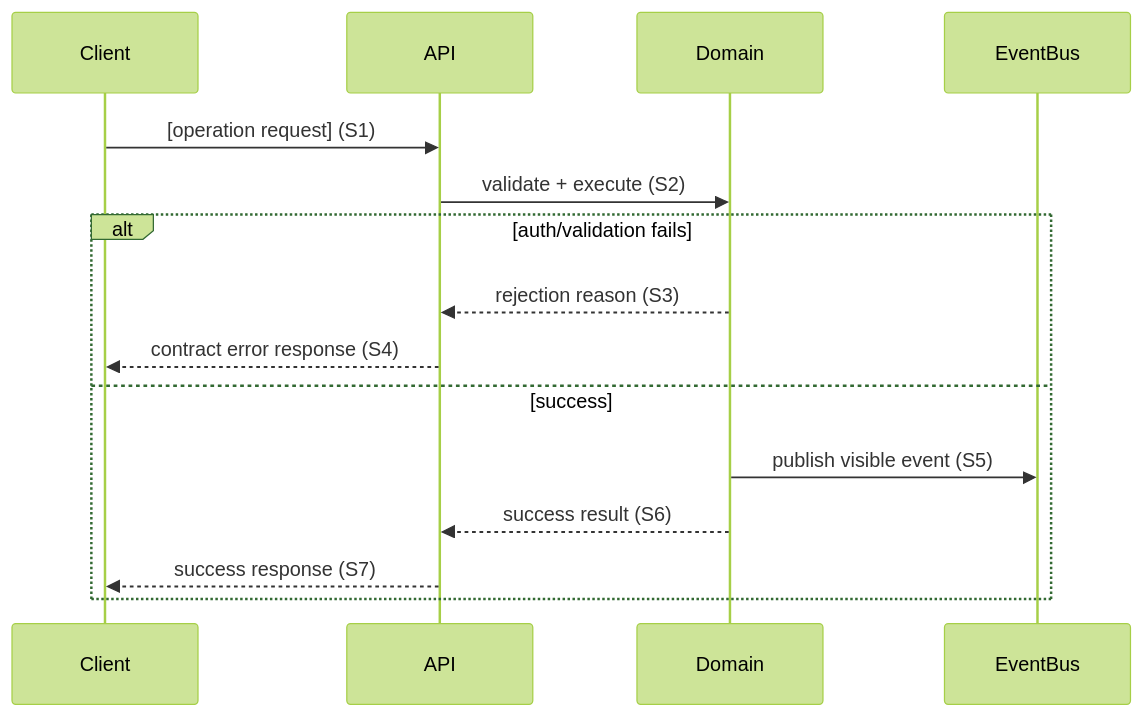
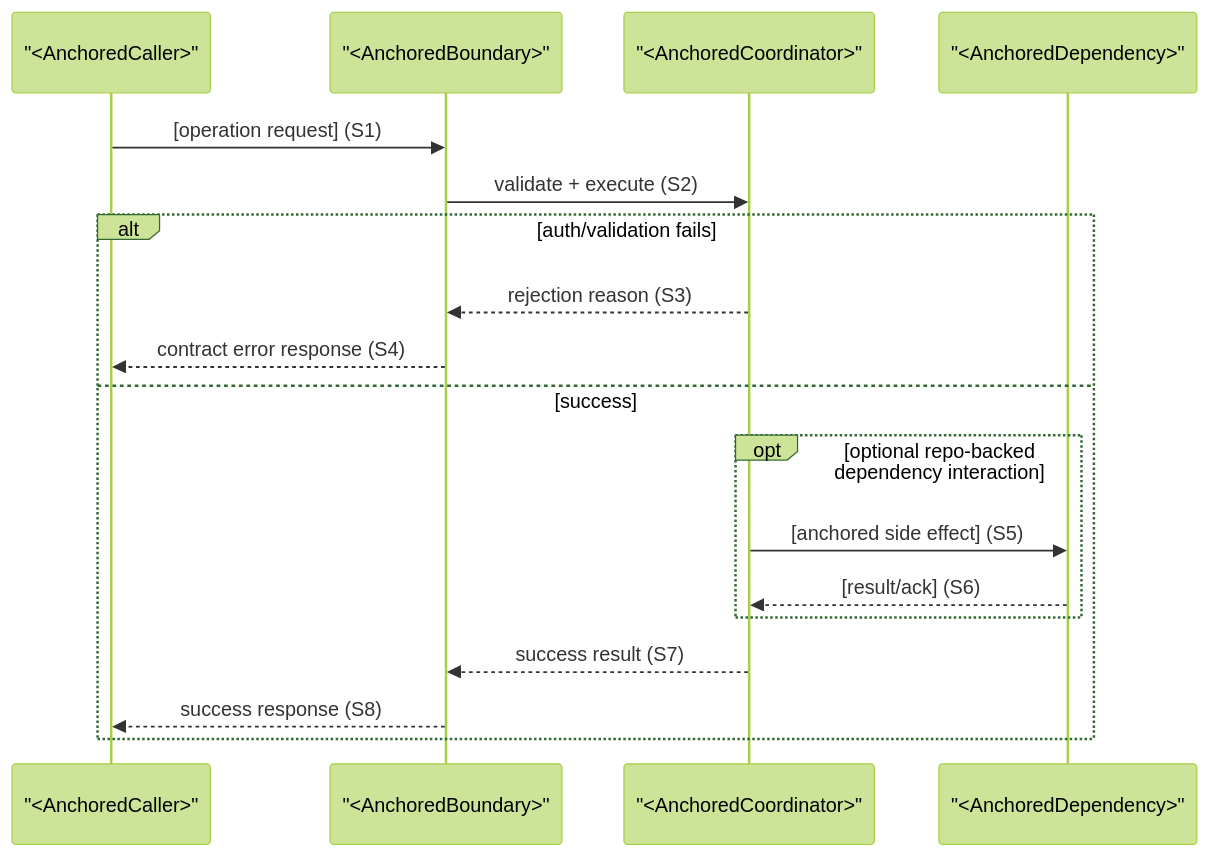
The first of 2 diagrams in templates/interface-detail-template.md (bigsmartben/sdd), drawn with Mermaid (forest theme) before and after one commit. The commit also changed other lines of this file and 35 other files, not shown here.

````diff
--- a/templates/interface-detail-template.md
+++ b/templates/interface-detail-template.md
@@ -60,18 +68,21 @@
 ```mermaid
 sequenceDiagram
-    participant Client
-    participant API
-    participant Domain
-    participant EventBus
+    participant Caller as "<AnchoredCaller>"
+    participant Boundary as "<AnchoredBoundary>"
+    participant Coordinator as "<AnchoredCoordinator>"
+    participant Dependency as "<AnchoredDependency>"
 
-    Client->>API: [operation request] (S1)
-    API->>Domain: validate + execute (S2)
+    Caller->>Boundary: [operation request] (S1)
+    Boundary->>Coordinator: validate + execute (S2)
     alt auth/validation fails
-        Domain-->>API: rejection reason (S3)
-        API-->>Client: contract error response (S4)
+        Coordinator-->>Boundary: rejection reason (S3)
+        Boundary-->>Caller: contract error response (S4)
     else success
-        Domain->>EventBus: publish visible event (S5)
-        Domain-->>API: success result (S6)
-        API-->>Client: success response (S7)
+        opt optional repo-backed dependency interaction
+            Coordinator->>Dependency: [anchored side effect] (S5)
+            Dependency-->>Coordinator: [result/ack] (S6)
+        end
+        Coordinator-->>Boundary: success result (S7)
+        Boundary-->>Caller: success response (S8)
     end
 ```
````
